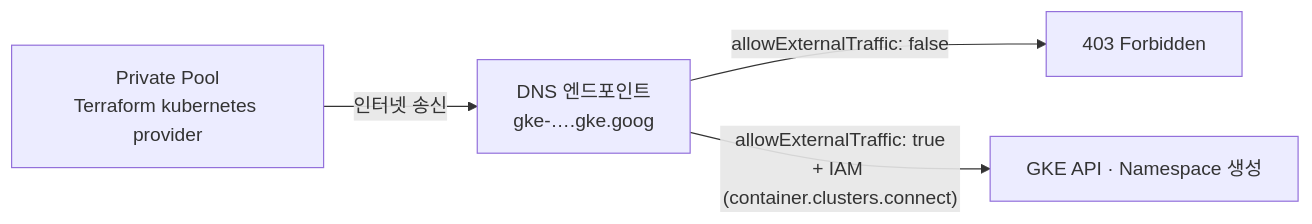
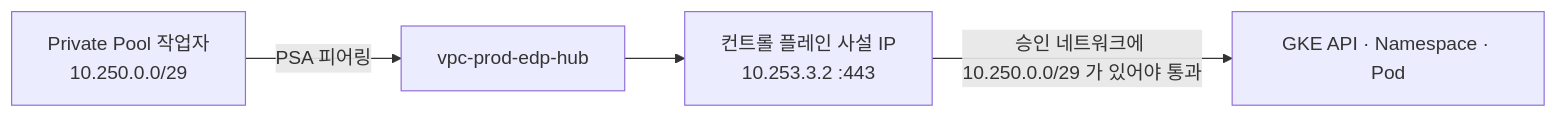
One commit to sonmap/GCP_SBX_Test03 changed diagram 16 of 16 in 02.infra-setup/infra-setup-commend.md. Above: the diagram before and after it, drawn with Mermaid. The commit also changed other lines of this file and 2 other files, not shown here.

First line of the commit message:
Reach GKE through the control-plane private IP instead of the DNS endpoint

````diff
--- a/02.infra-setup/infra-setup-commend.md
+++ b/02.infra-setup/infra-setup-commend.md
@@ -3396,6 +3396,6 @@
 ```mermaid
 flowchart LR
-    P["Private Pool<br/>Terraform kubernetes provider"] -->|"인터넷 송신"| D["DNS 엔드포인트<br/>gke-….gke.goog"]
-    D -->|"allowExternalTraffic: false"| X["403 Forbidden"]
-    D -->|"allowExternalTraffic: true<br/>+ IAM (container.clusters.connect)"| K["GKE API · Namespace 생성"]
+    P["Private Pool 작업자<br/>10.250.0.0/29"] -->|"PSA 피어링"| H["vpc-prod-edp-hub"]
+    H --> CP["컨트롤 플레인 사설 IP<br/>10.253.3.2 :443"]
+    CP -->|"승인 네트워크에 10.250.0.0/29 가 있어야 통과"| K["GKE API · Namespace · Pod"]
 ```
````
